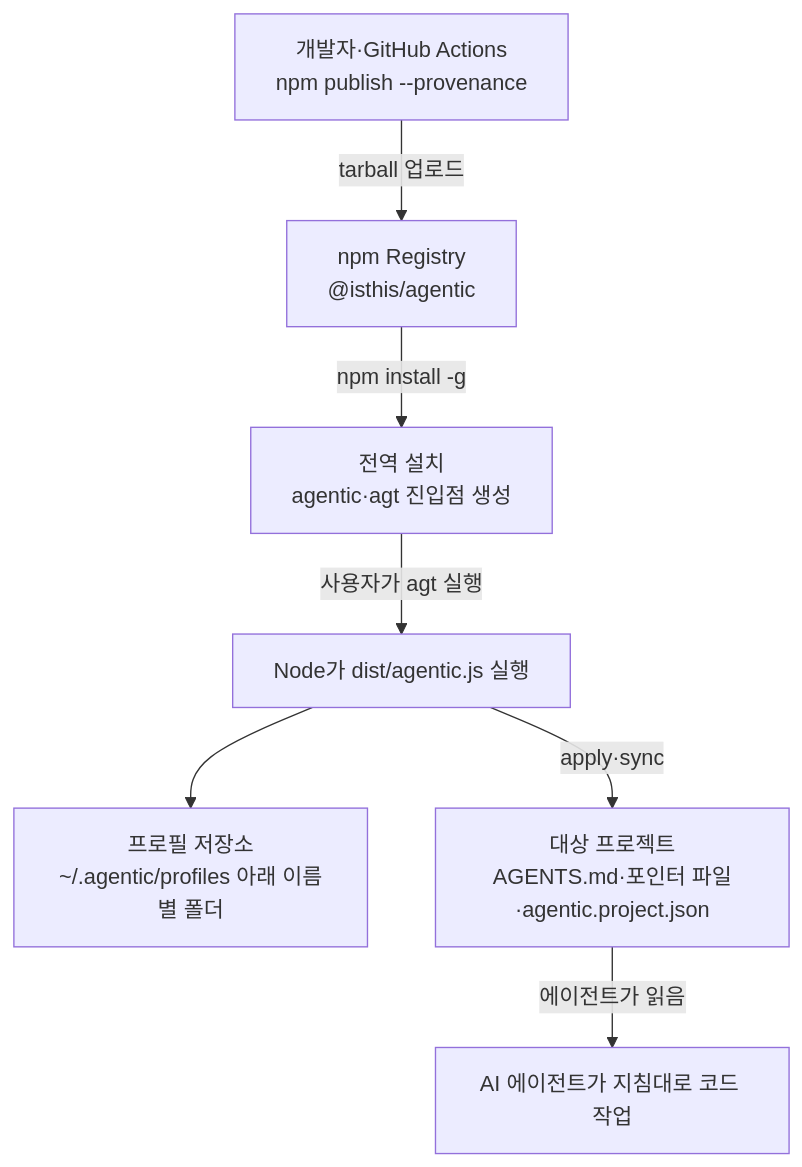
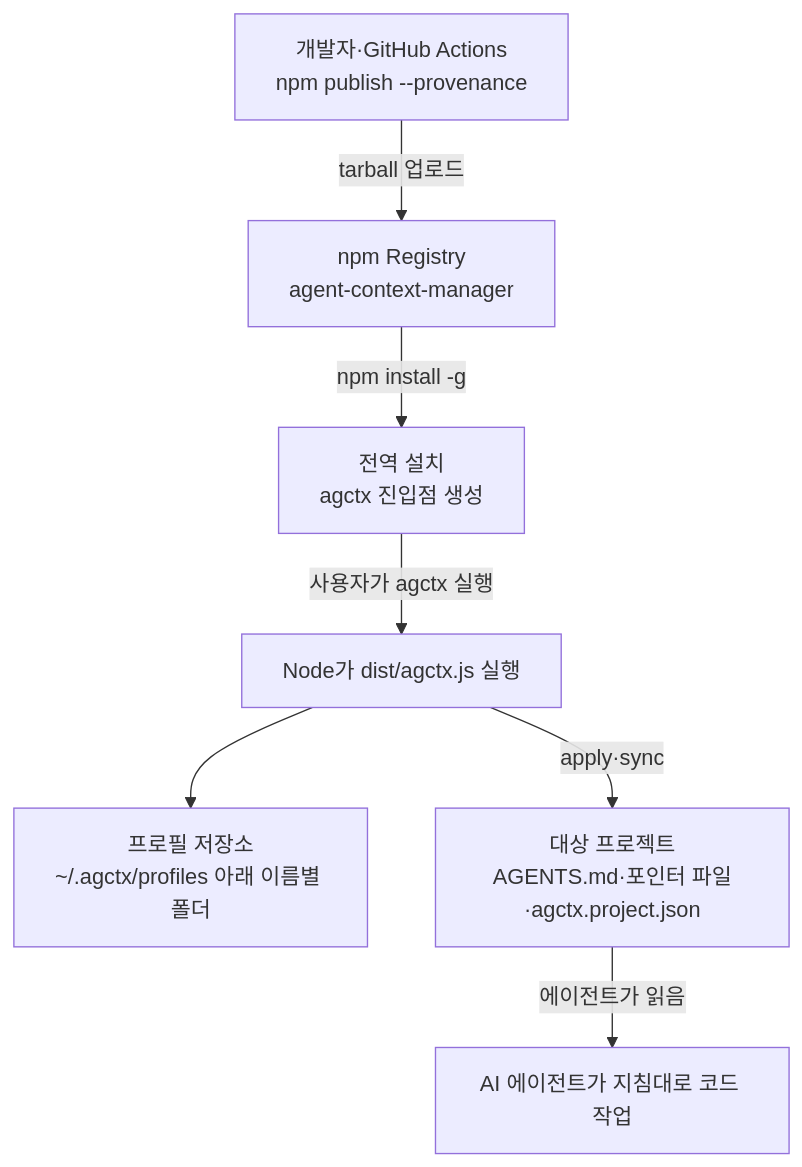
One commit to IsthisLee/agent-context-manager changed the first of 6 diagrams in docs/implementation-principles.md. Above: the diagram before and after it, drawn with Mermaid. The commit also changed other lines of this file and 73 other files, not shown here.

First line of the commit message:
feat!: 이름을 Agent Context Manager(agctx)로 바꾸고 이전 이름의 호환 코드를 지운다

````diff
--- a/docs/implementation-principles.md
+++ b/docs/implementation-principles.md
@@ -27,9 +27,9 @@
 ```mermaid
 flowchart TD
-  DEV["개발자·GitHub Actions<br/>npm publish --provenance"] -->|"tarball 업로드"| REG["npm Registry<br/>@isthis/agentic"]
-  REG -->|"npm install -g"| GBIN["전역 설치<br/>agentic·agt 진입점 생성"]
-  GBIN -->|"사용자가 agt 실행"| CLI["Node가 dist/agentic.js 실행"]
-  CLI --> CORE["프로필 저장소<br/>~/.agentic/profiles 아래 이름별 폴더"]
-  CLI -->|"apply·sync"| PROJ["대상 프로젝트<br/>AGENTS.md·포인터 파일·agentic.project.json"]
+  DEV["개발자·GitHub Actions<br/>npm publish --provenance"] -->|"tarball 업로드"| REG["npm Registry<br/>agent-context-manager"]
+  REG -->|"npm install -g"| GBIN["전역 설치<br/>agctx 진입점 생성"]
+  GBIN -->|"사용자가 agctx 실행"| CLI["Node가 dist/agctx.js 실행"]
+  CLI --> CORE["프로필 저장소<br/>~/.agctx/profiles 아래 이름별 폴더"]
+  CLI -->|"apply·sync"| PROJ["대상 프로젝트<br/>AGENTS.md·포인터 파일·agctx.project.json"]
   PROJ -->|"에이전트가 읽음"| AGENT["AI 에이전트가 지침대로 코드 작업"]
 ```
````
